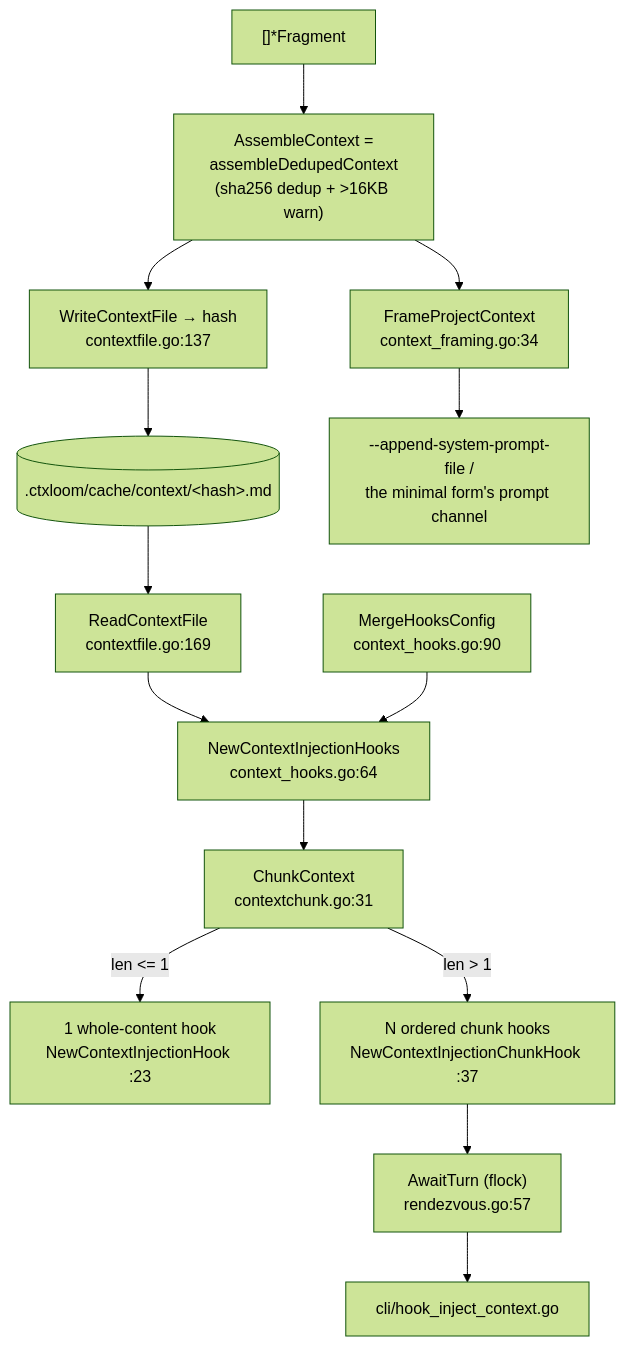
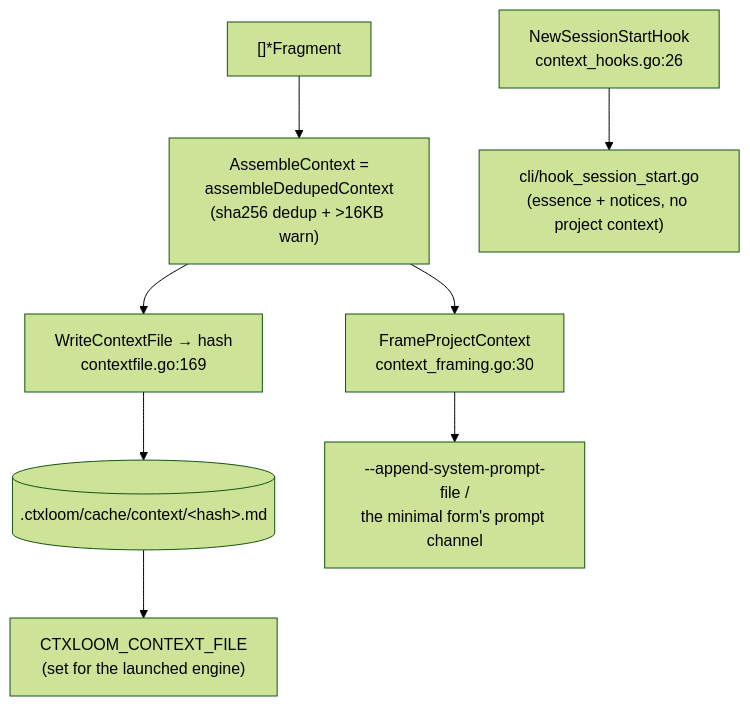
One commit to ctxloom/ctxloom changed the diagram in docs/architecture/shared/agent-context-delivery.md. Above: the diagram before and after it, drawn with Mermaid (forest theme). The commit also changed other lines of this file and 12 other files, not shown here.

First line of the commit message:
docs: onectx — no hook carries the project context; `hook inject-context` is now `hook session-start`

````diff
--- a/docs/architecture/shared/agent-context-delivery.md
+++ b/docs/architecture/shared/agent-context-delivery.md
@@ -5,16 +5,10 @@
 ```mermaid
 flowchart TD
     F["[]*Fragment"] --> ADC["AssembleContext =<br/>assembleDedupedContext<br/>(sha256 dedup + >16KB warn)"]
-    ADC --> WCF["WriteContextFile → hash<br/>contextfile.go:137"]
+    ADC --> WCF["WriteContextFile → hash<br/>contextfile.go:169"]
     WCF --> FILE[(".ctxloom/cache/context/&lt;hash&gt;.md")]
-    FILE --> RCF["ReadContextFile<br/>contextfile.go:169"]
-    RCF --> NCIH["NewContextInjectionHooks<br/>context_hooks.go:64"]
-    NCIH --> CC["ChunkContext<br/>contextchunk.go:31"]
-    CC -->|"len &lt;= 1"| H1["1 whole-content hook<br/>NewContextInjectionHook :23"]
-    CC -->|"len &gt; 1"| HN["N ordered chunk hooks<br/>NewContextInjectionChunkHook :37"]
-    HN --> AT["AwaitTurn (flock)<br/>rendezvous.go:57"]
-    AT --> INJ["cli/hook_inject_context.go"]
-    ADC --> FPC["FrameProjectContext<br/>context_framing.go:34"]
+    FILE --> ENV["CTXLOOM_CONTEXT_FILE<br/>(set for the launched engine)"]
+    ADC --> FPC["FrameProjectContext<br/>context_framing.go:30"]
     FPC --> SP["--append-system-prompt-file /<br/>the minimal form's prompt channel"]
-    MHC["MergeHooksConfig<br/>context_hooks.go:90"] --> NCIH
+    SSH["NewSessionStartHook<br/>context_hooks.go:26"] --> SS["cli/hook_session_start.go<br/>(essence + notices, no project context)"]
 ```
````
